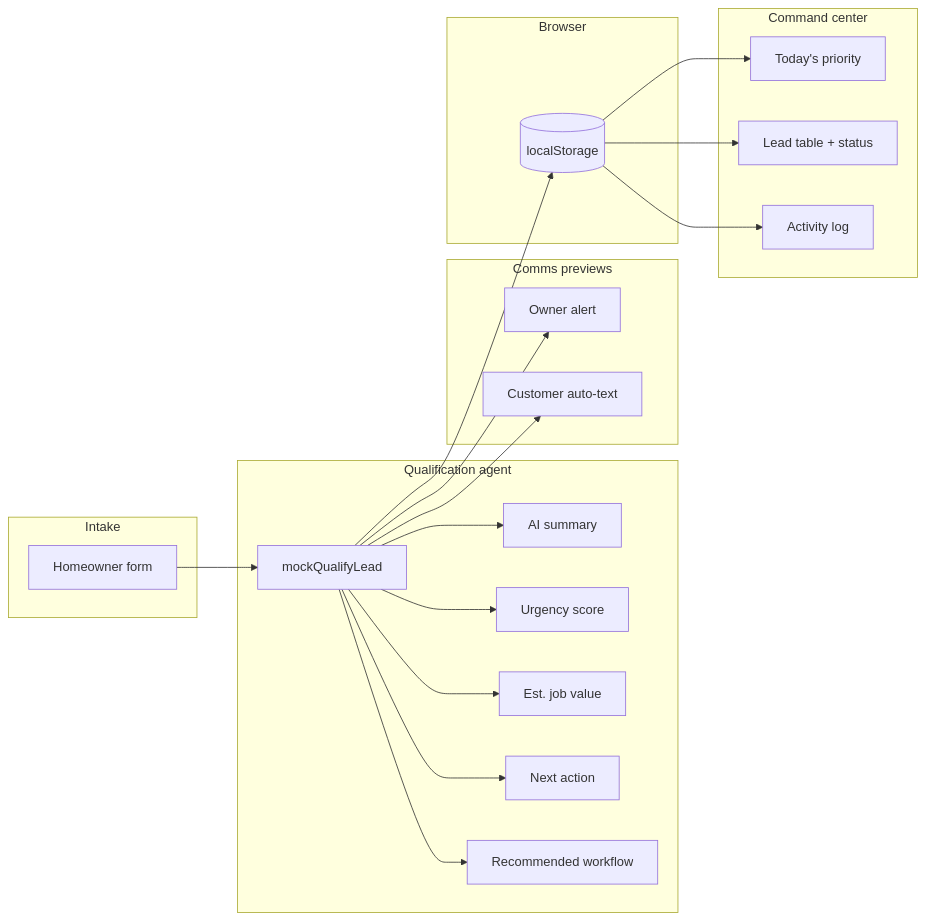
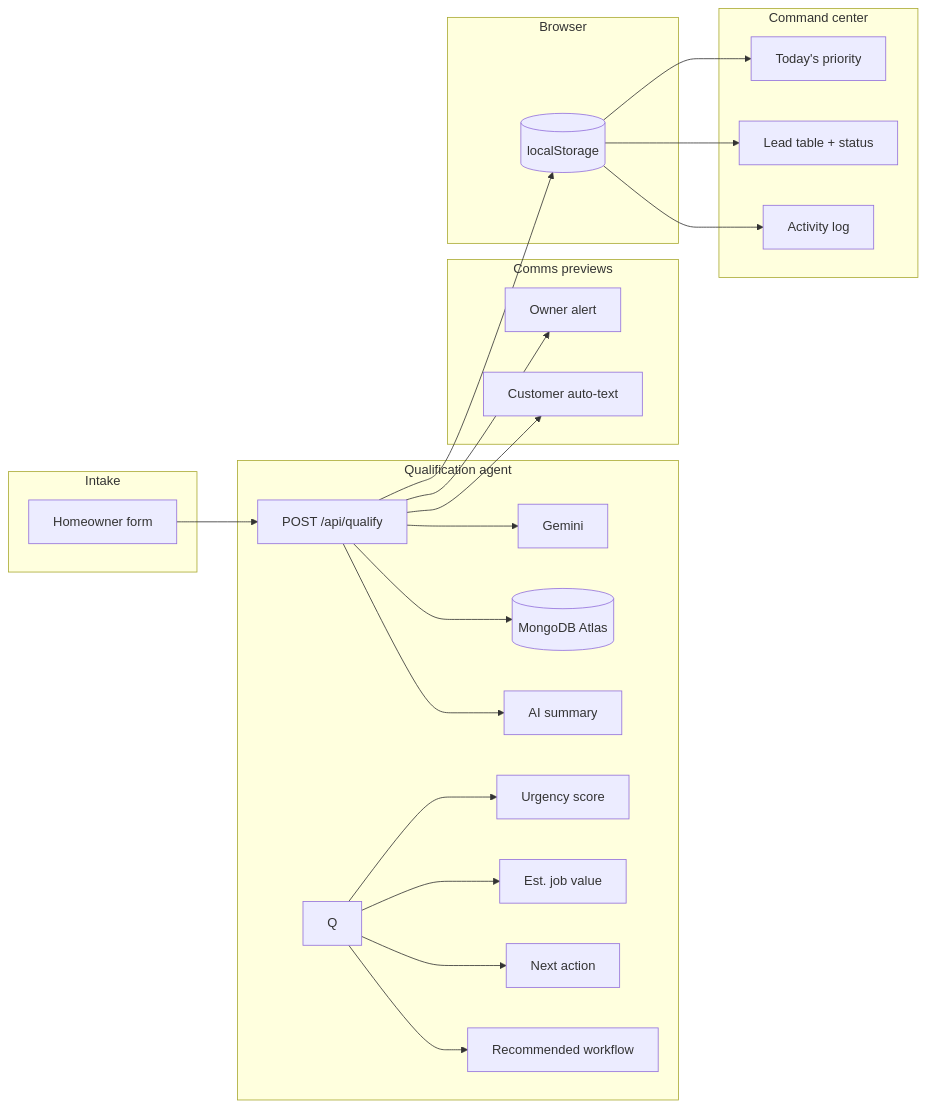
Before and after one commit to bluxio/locallead-agent: the diagram in README.md, drawn with Mermaid. The commit also changed other lines of this file and 11 other files, not shown here.

First line of the commit message:
Add Gemini + MongoDB qualify API with mock fallback

````diff
--- a/README.md
+++ b/README.md
@@ -45,33 +76,35 @@
 ```mermaid
 flowchart LR
   subgraph intake [Intake]
     Form[Homeowner form]
   end
   subgraph agent [Qualification agent]
-    Q[mockQualifyLead]
-    Q --> Summary[AI summary]
+    API["POST /api/qualify"]
+    API --> Gemini[Gemini]
+    API --> Atlas[(MongoDB Atlas)]
+    API --> Summary[AI summary]
     Q --> Heat[Urgency score]
     Q --> Value[Est. job value]
     Q --> Action[Next action]
     Q --> Workflow[Recommended workflow]
   end
   subgraph comms [Comms previews]
     Owner[Owner alert]
     SMS[Customer auto-text]
   end
   subgraph ops [Command center]
     Priority[Today's priority]
     Board[Lead table + status]
     Activity[Activity log]
   end
   subgraph store [Browser]
     LS[(localStorage)]
   end
-  Form --> Q
-  Q --> Owner
-  Q --> SMS
-  Q --> LS
+  Form --> API
+  API --> Owner
+  API --> SMS
+  API --> LS
   LS --> Priority
   LS --> Board
   LS --> Activity
 ```
````
